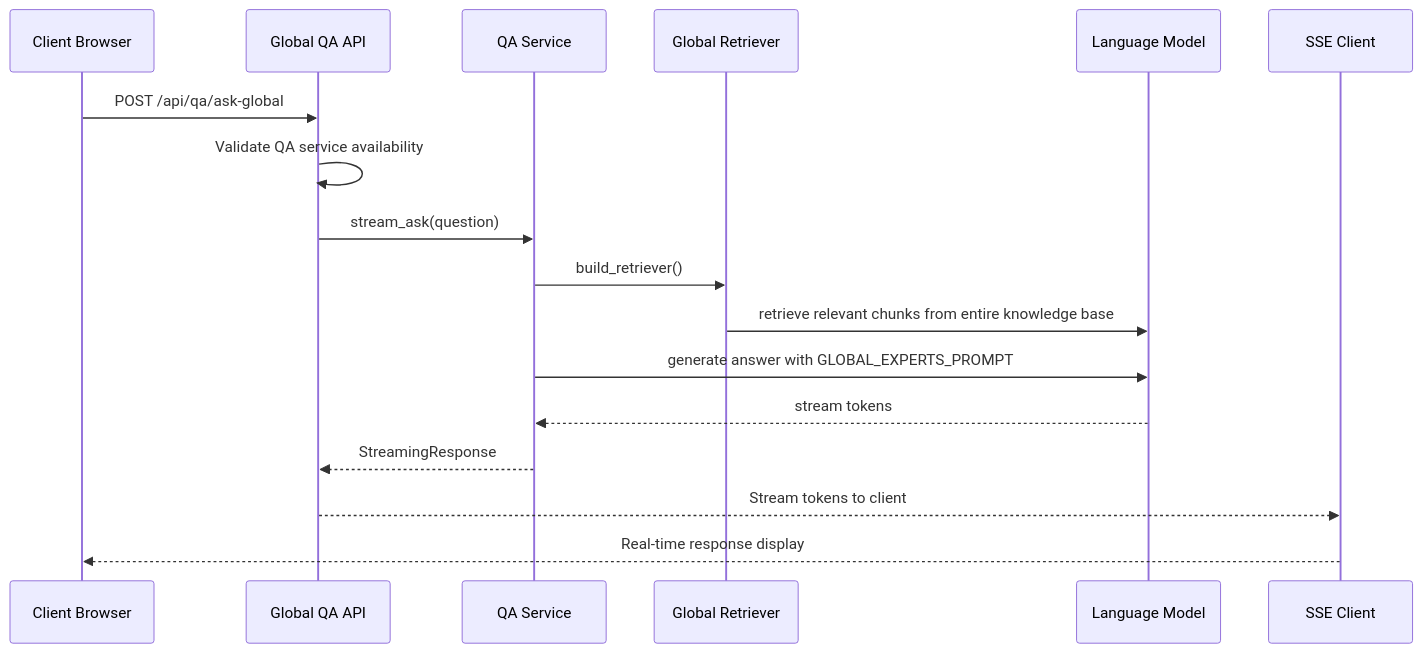
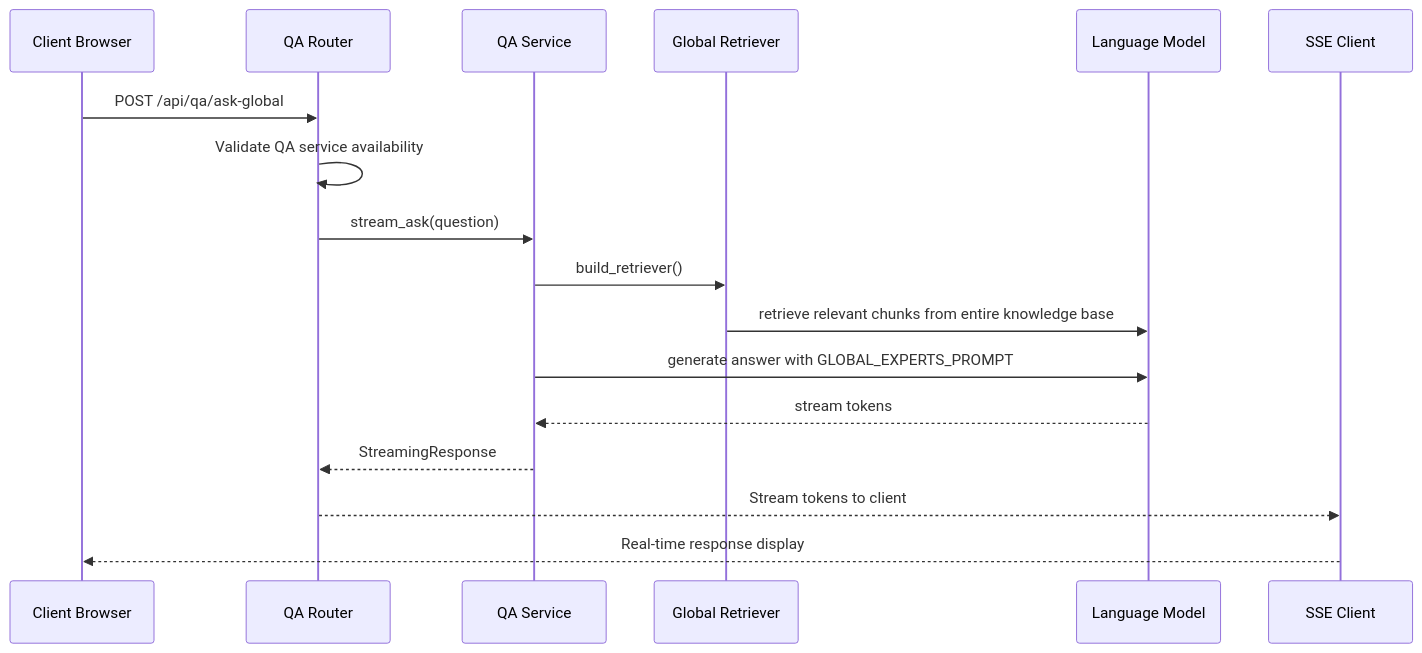
Diagram 18 of 26 in .qoder/repowiki/en/content/Document Management System.md (ognelis/cafetera_hr_bot), drawn with Mermaid before and after one commit. The commit also changed other lines of this file and 12 other files, not shown here.

````diff
--- a/.qoder/repowiki/en/content/Document Management System.md
+++ b/.qoder/repowiki/en/content/Document Management System.md
@@ -1886,19 +1959,19 @@
 ```mermaid
 sequenceDiagram
 participant Client as Client Browser
-participant API as Global QA API
+participant QARouter as QA Router
 participant QAService as QA Service
 participant GlobalRetriever as Global Retriever
 participant LLM as Language Model
 participant SSEClient as SSE Client
-Client->>API : POST /api/qa/ask-global
-API->>API : Validate QA service availability
-API->>QAService : stream_ask(question)
+Client->>QARouter : POST /api/qa/ask-global
+QARouter->>QARouter : Validate QA service availability
+QARouter->>QAService : stream_ask(question)
 QAService->>GlobalRetriever : build_retriever()
 GlobalRetriever->>LLM : retrieve relevant chunks from entire knowledge base
 QAService->>LLM : generate answer with GLOBAL_EXPERTS_PROMPT
 LLM-->>QAService : stream tokens
-QAService-->>API : StreamingResponse
-API-->>SSEClient : Stream tokens to client
+QAService-->>QARouter : StreamingResponse
+QARouter-->>SSEClient : Stream tokens to client
 SSEClient-->>Client : Real-time response display
 ```
````
